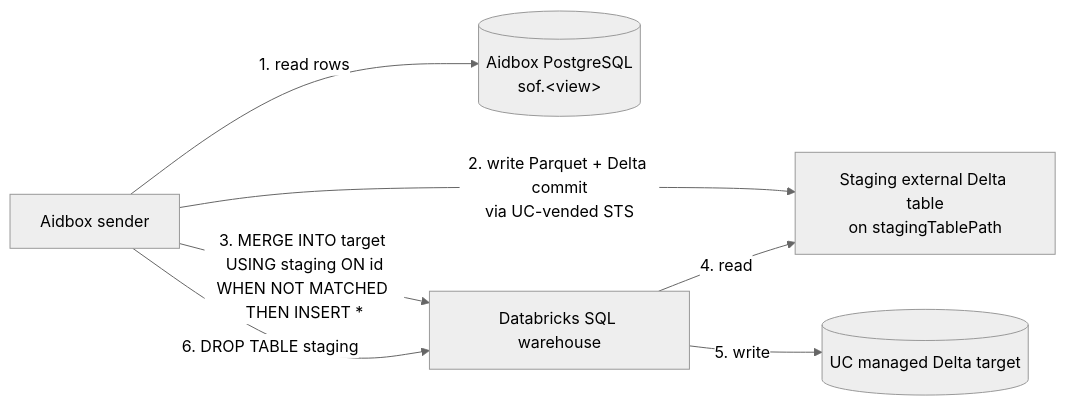
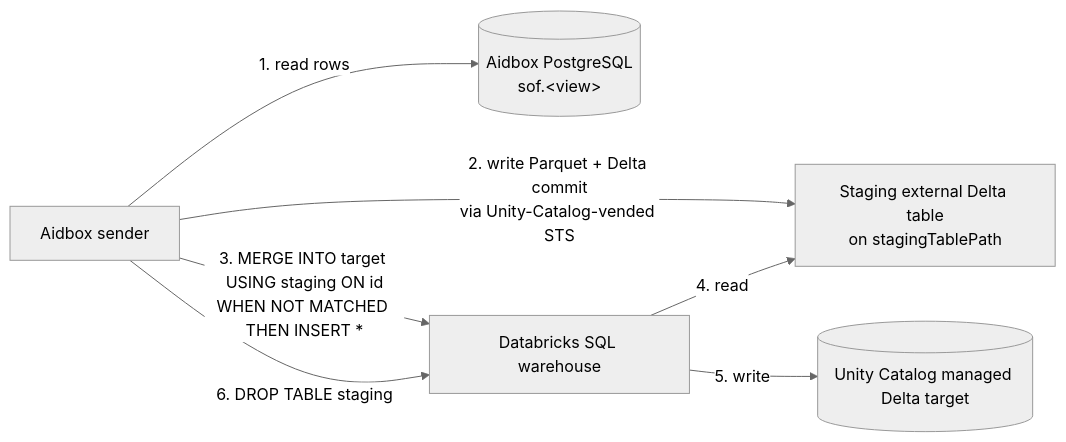
One commit to HealthSamurai/aidbox-docs changed the fifth of 6 diagrams in docs/tutorials/subscriptions-tutorials/data-lakehouse-aidboxtopicdestination.md. Above: the diagram before and after it, drawn with Mermaid (neutral theme). The commit also changed other lines of this file, not shown here.

````diff
--- a/docs/tutorials/subscriptions-tutorials/data-lakehouse-aidboxtopicdestination.md
+++ b/docs/tutorials/subscriptions-tutorials/data-lakehouse-aidboxtopicdestination.md
@@ -945,15 +948,15 @@
 ```mermaid
 graph LR
     PG[(Aidbox PostgreSQL<br/>sof.&lt;view&gt;)]:::neutral2
     M[Aidbox sender]:::blue2
     Staging[Staging external Delta table<br/>on stagingTablePath]:::yellow2
     WH[Databricks SQL warehouse]:::green2
-    Target[(UC managed Delta target)]:::violet2
+    Target[(Unity Catalog managed Delta target)]:::violet2
 
     M -- 1. read rows --> PG
-    M -- 2. write Parquet + Delta commit<br/>via UC-vended STS --> Staging
+    M -- 2. write Parquet + Delta commit<br/>via Unity-Catalog-vended STS --> Staging
     M -- 3. MERGE INTO target USING staging ON id<br/>WHEN NOT MATCHED THEN INSERT * --> WH
     WH -- 4. read --> Staging
     WH -- 5. write --> Target
     M -- 6. DROP TABLE staging --> WH
 ```
````
